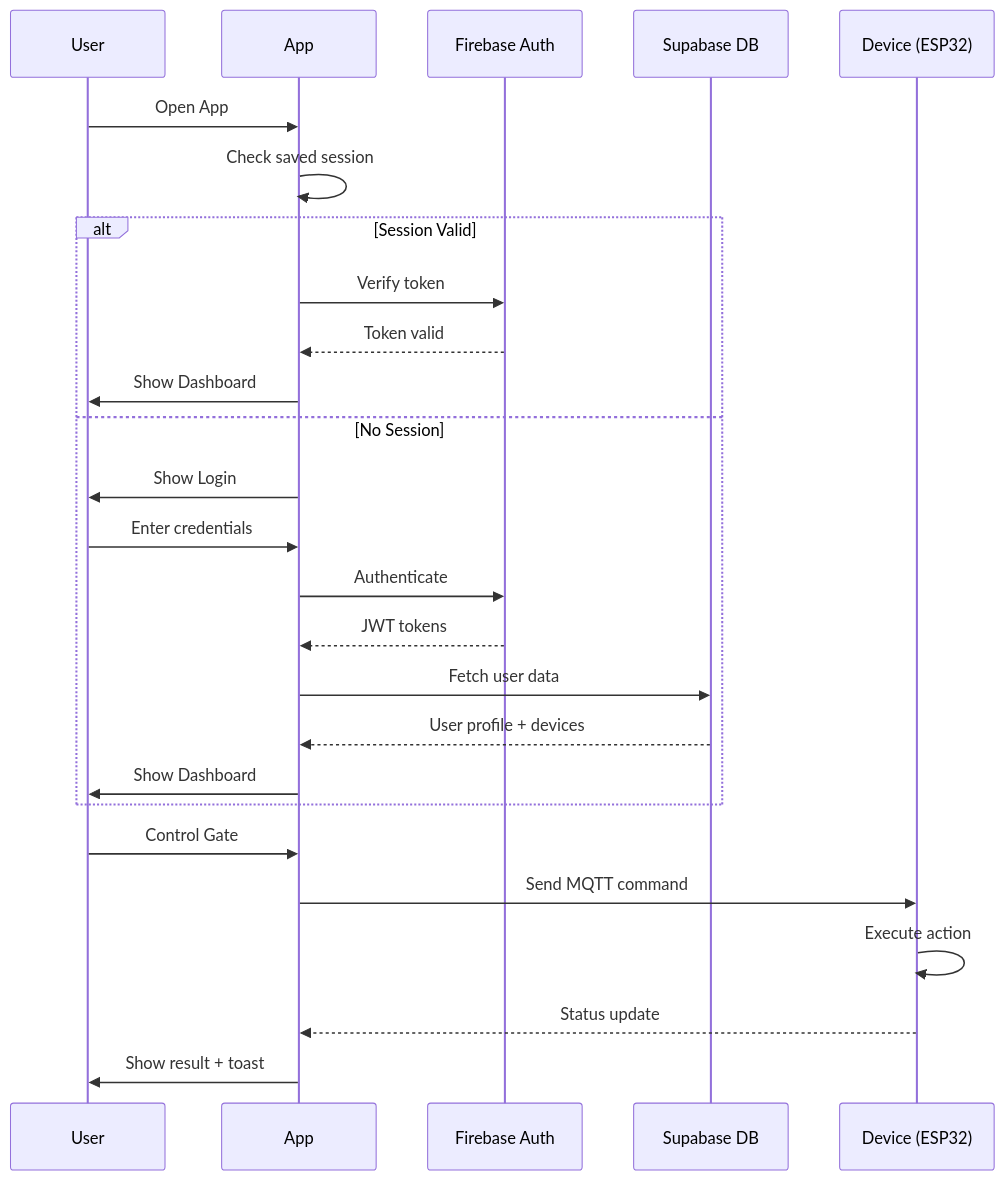
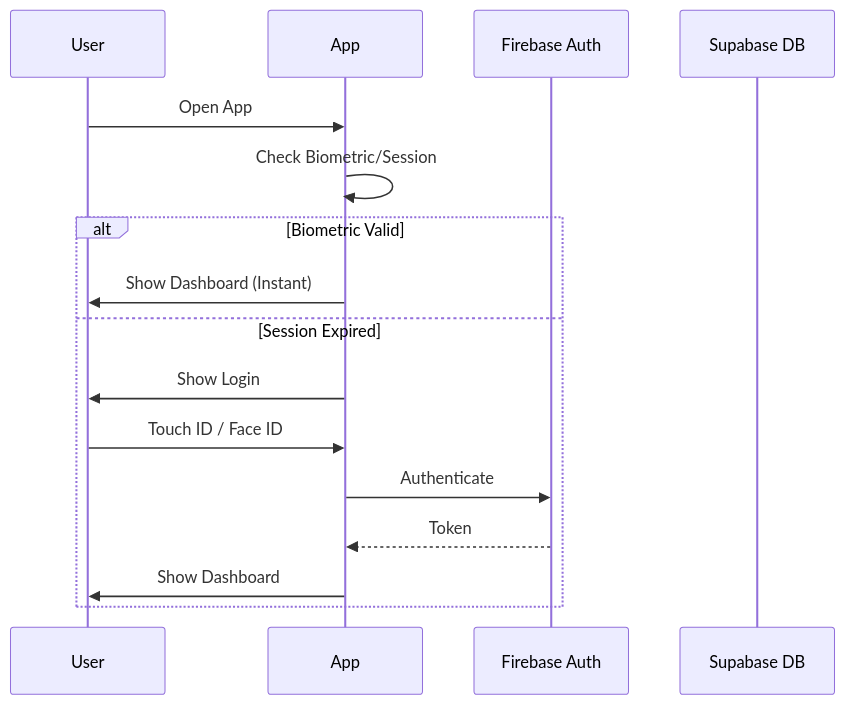
The second of 2 diagrams in docs/SYSTEM_WORKFLOW_ENHANCED.md (Muhammad-Fauzan22/gatemate-iot), drawn with Mermaid before and after one commit. The commit also changed other lines of this file and 1 other file, not shown here.

````diff
--- a/docs/SYSTEM_WORKFLOW_ENHANCED.md
+++ b/docs/SYSTEM_WORKFLOW_ENHANCED.md
@@ -128,30 +121,19 @@
 ```mermaid
 sequenceDiagram
     participant U as User
     participant A as App
     participant F as Firebase Auth
     participant S as Supabase DB
-    participant D as Device (ESP32)
     
     U->>A: Open App
-    A->>A: Check saved session
-    alt Session Valid
-        A->>F: Verify token
-        F-->>A: Token valid
-        A->>U: Show Dashboard
-    else No Session
+    A->>A: Check Biometric/Session
+    alt Biometric Valid
+        A->>U: Show Dashboard (Instant)
+    else Session Expired
         A->>U: Show Login
-        U->>A: Enter credentials
+        U->>A: Touch ID / Face ID
         A->>F: Authenticate
-        F-->>A: JWT tokens
-        A->>S: Fetch user data
-        S-->>A: User profile + devices
+        F-->>A: Token
         A->>U: Show Dashboard
     end
-    
-    U->>A: Control Gate
-    A->>D: Send MQTT command
-    D->>D: Execute action
-    D-->>A: Status update
-    A->>U: Show result + toast
 ```
````
